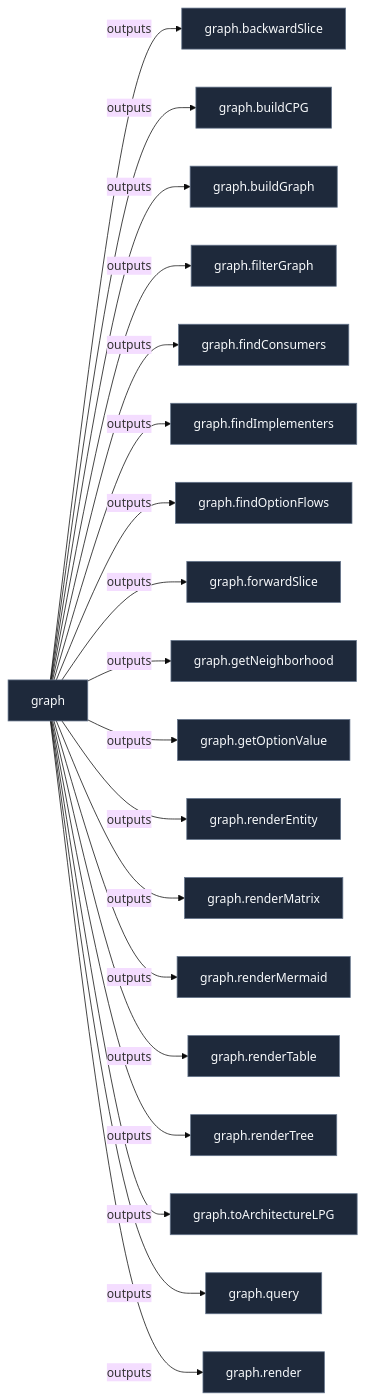
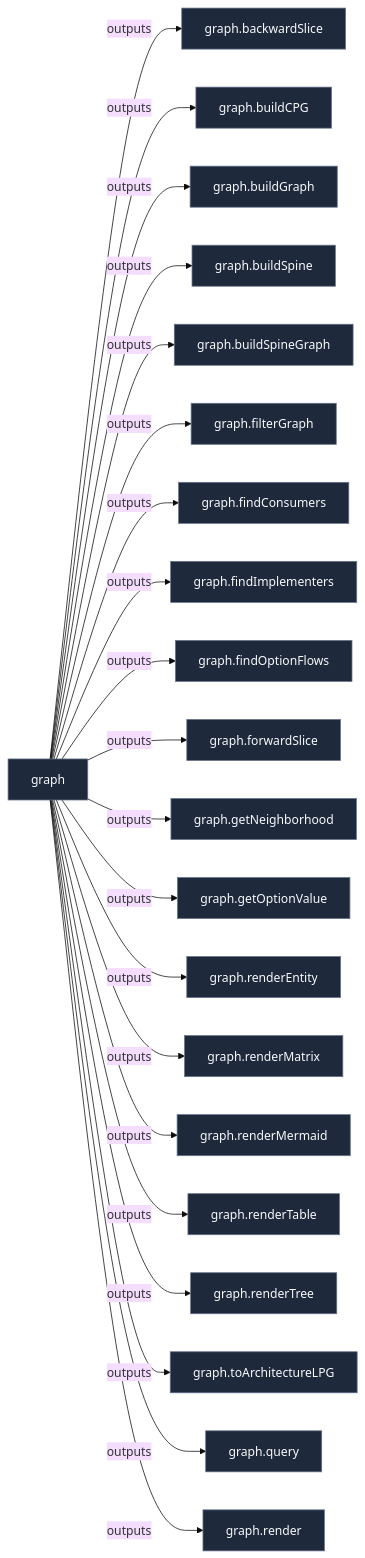
The diagram in docs/lib/graph.md (LW-54/nixconf), drawn with Mermaid (base theme) before and after one commit. The commit also changed other lines of this file and 23 other files, not shown here.

Commit message:
refactor: decouple architecture, add coverage audit engine, and universal query lenses

````diff
--- a/docs/lib/graph.md
+++ b/docs/lib/graph.md
@@ -13,74 +13,80 @@
 ```mermaid
 flowchart LR
   urn__nixconf__ast__function__graph_backwardSlice["graph.backwardSlice"]:::defaultNode
     urn__nixconf__ast__function__graph_buildCPG["graph.buildCPG"]:::defaultNode
     urn__nixconf__ast__function__graph_buildGraph["graph.buildGraph"]:::defaultNode
+    urn__nixconf__ast__function__graph_buildSpine["graph.buildSpine"]:::defaultNode
+    urn__nixconf__ast__function__graph_buildSpineGraph["graph.buildSpineGraph"]:::defaultNode
     urn__nixconf__ast__function__graph_filterGraph["graph.filterGraph"]:::defaultNode
     urn__nixconf__ast__function__graph_findConsumers["graph.findConsumers"]:::defaultNode
     urn__nixconf__ast__function__graph_findImplementers["graph.findImplementers"]:::defaultNode
     urn__nixconf__ast__function__graph_findOptionFlows["graph.findOptionFlows"]:::defaultNode
     urn__nixconf__ast__function__graph_forwardSlice["graph.forwardSlice"]:::defaultNode
     urn__nixconf__ast__function__graph_getNeighborhood["graph.getNeighborhood"]:::defaultNode
     urn__nixconf__ast__function__graph_getOptionValue["graph.getOptionValue"]:::defaultNode
     urn__nixconf__ast__function__graph_renderEntity["graph.renderEntity"]:::defaultNode
     urn__nixconf__ast__function__graph_renderMatrix["graph.renderMatrix"]:::defaultNode
     urn__nixconf__ast__function__graph_renderMermaid["graph.renderMermaid"]:::defaultNode
     urn__nixconf__ast__function__graph_renderTable["graph.renderTable"]:::defaultNode
     urn__nixconf__ast__function__graph_renderTree["graph.renderTree"]:::defaultNode
     urn__nixconf__ast__function__graph_toArchitectureLPG["graph.toArchitectureLPG"]:::defaultNode
     urn__nixconf__ast__symbol__graph_query["graph.query"]:::defaultNode
     urn__nixconf__ast__symbol__graph_render["graph.render"]:::defaultNode
     urn__nixconf__onto__lib__graph["graph"]:::defaultNode
 
     urn__nixconf__onto__lib__graph -->|outputs| urn__nixconf__ast__function__graph_backwardSlice
     urn__nixconf__onto__lib__graph -->|outputs| urn__nixconf__ast__function__graph_buildCPG
     urn__nixconf__onto__lib__graph -->|outputs| urn__nixconf__ast__function__graph_buildGraph
+    urn__nixconf__onto__lib__graph -->|outputs| urn__nixconf__ast__function__graph_buildSpine
+    urn__nixconf__onto__lib__graph -->|outputs| urn__nixconf__ast__function__graph_buildSpineGraph
     urn__nixconf__onto__lib__graph -->|outputs| urn__nixconf__ast__function__graph_filterGraph
     urn__nixconf__onto__lib__graph -->|outputs| urn__nixconf__ast__function__graph_findConsumers
     urn__nixconf__onto__lib__graph -->|outputs| urn__nixconf__ast__function__graph_findImplementers
     urn__nixconf__onto__lib__graph -->|outputs| urn__nixconf__ast__function__graph_findOptionFlows
     urn__nixconf__onto__lib__graph -->|outputs| urn__nixconf__ast__function__graph_forwardSlice
     urn__nixconf__onto__lib__graph -->|outputs| urn__nixconf__ast__function__graph_getNeighborhood
     urn__nixconf__onto__lib__graph -->|outputs| urn__nixconf__ast__function__graph_getOptionValue
     urn__nixconf__onto__lib__graph -->|outputs| urn__nixconf__ast__function__graph_renderEntity
     urn__nixconf__onto__lib__graph -->|outputs| urn__nixconf__ast__function__graph_renderMatrix
     urn__nixconf__onto__lib__graph -->|outputs| urn__nixconf__ast__function__graph_renderMermaid
     urn__nixconf__onto__lib__graph -->|outputs| urn__nixconf__ast__function__graph_renderTable
     urn__nixconf__onto__lib__graph -->|outputs| urn__nixconf__ast__function__graph_renderTree
     urn__nixconf__onto__lib__graph -->|outputs| urn__nixconf__ast__function__graph_toArchitectureLPG
     urn__nixconf__onto__lib__graph -->|outputs| urn__nixconf__ast__symbol__graph_query
     urn__nixconf__onto__lib__graph -->|outputs| urn__nixconf__ast__symbol__graph_render
 
 
     click urn__nixconf__ast__function__graph_backwardSlice href "graph.md" "graph.backwardSlice"
     click urn__nixconf__ast__function__graph_buildCPG href "graph.md" "graph.buildCPG"
     click urn__nixconf__ast__function__graph_buildGraph href "graph.md" "graph.buildGraph"
+    click urn__nixconf__ast__function__graph_buildSpine href "graph.md" "graph.buildSpine"
+    click urn__nixconf__ast__function__graph_buildSpineGraph href "graph.md" "graph.buildSpineGraph"
     click urn__nixconf__ast__function__graph_filterGraph href "graph.md" "graph.filterGraph"
     click urn__nixconf__ast__function__graph_findConsumers href "graph.md" "graph.findConsumers"
     click urn__nixconf__ast__function__graph_findImplementers href "graph.md" "graph.findImplementers"
     click urn__nixconf__ast__function__graph_findOptionFlows href "graph.md" "graph.findOptionFlows"
     click urn__nixconf__ast__function__graph_forwardSlice href "graph.md" "graph.forwardSlice"
     click urn__nixconf__ast__function__graph_getNeighborhood href "graph.md" "graph.getNeighborhood"
     click urn__nixconf__ast__function__graph_getOptionValue href "graph.md" "graph.getOptionValue"
     click urn__nixconf__ast__function__graph_renderEntity href "graph.md" "graph.renderEntity"
     click urn__nixconf__ast__function__graph_renderMatrix href "graph.md" "graph.renderMatrix"
     click urn__nixconf__ast__function__graph_renderMermaid href "graph.md" "graph.renderMermaid"
     click urn__nixconf__ast__function__graph_renderTable href "graph.md" "graph.renderTable"
     click urn__nixconf__ast__function__graph_renderTree href "graph.md" "graph.renderTree"
     click urn__nixconf__ast__function__graph_toArchitectureLPG href "graph.md" "graph.toArchitectureLPG"
     click urn__nixconf__ast__symbol__graph_query href "graph.md" "graph.query"
     click urn__nixconf__ast__symbol__graph_render href "graph.md" "graph.render"
     click urn__nixconf__onto__lib__graph href "graph.md" "graph"
 
   %% Semantic Visual Classes
   classDef hostNode fill:#1e293b,stroke:#38bdf8,stroke-width:2px,color:#f8fafc;
   classDef contractNode fill:#1e1b4b,stroke:#818cf8,stroke-width:2px,color:#f8fafc;
   classDef implNode fill:#0f172a,stroke:#34d399,stroke-width:2px,color:#f8fafc;
   classDef featureNode fill:#134e4a,stroke:#2dd4bf,stroke-width:2px,color:#f8fafc;
   classDef optNode fill:#422006,stroke:#facc15,stroke-width:1px,color:#fefce8;
   classDef typeNode fill:#3b0764,stroke:#c084fc,stroke-width:1px,color:#faf5ff;
   classDef pkgNode fill:#4c0519,stroke:#fb7185,stroke-width:1px,color:#fff1f2;
   classDef devShellNode fill:#451a03,stroke:#fb923c,stroke-width:1px,color:#fff7ed;
   classDef drvNode fill:#18181b,stroke:#a1a1aa,stroke-width:1px,color:#f4f4f5;
   classDef defaultNode fill:#1e293b,stroke:#64748b,stroke-width:1px,color:#f8fafc;
 ```
````
